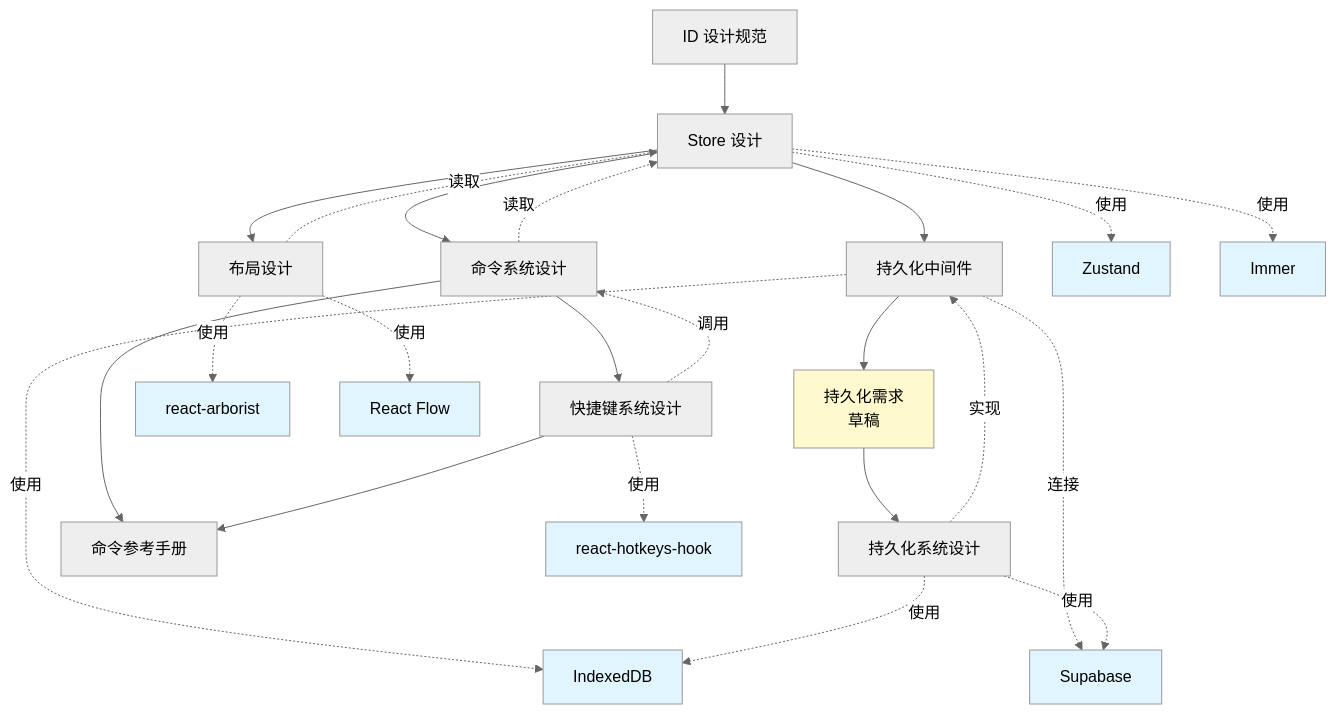
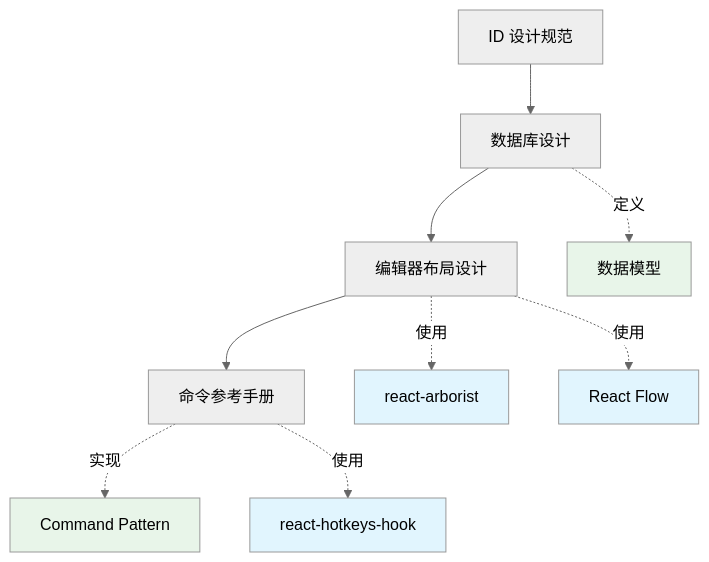
One commit to colin-han/spider-mind-v2 changed the diagram in docs/design/INDEX.md. Above: the diagram before and after it, drawn with Mermaid (neutral theme). The commit also changed other lines of this file and 8 other files, not shown here.

````diff
--- a/docs/design/INDEX.md
+++ b/docs/design/INDEX.md
@@ -93,38 +56,18 @@
 ```mermaid
 graph TD
-    A[ID 设计规范] --> B[Store 设计]
-    B --> C[持久化中间件]
-    C --> D[持久化需求<br/>草稿]
-    D --> I[持久化系统设计]
+    A[ID 设计规范] --> B[数据库设计]
+    B --> C[编辑器布局设计]
+    C --> D[命令参考手册]
 
-    B --> J[布局设计]
-    B --> M[命令系统设计]
-    M --> N[快捷键系统设计]
-    M --> O[命令参考手册]
-    N --> O
+    B -.->|定义| E[数据模型]
+    C -.->|使用| F[react-arborist]
+    C -.->|使用| G[React Flow]
+    D -.->|实现| H[Command Pattern]
+    D -.->|使用| I[react-hotkeys-hook]
 
-    B -.->|使用| E[Zustand]
-    B -.->|使用| F[Immer]
-    C -.->|使用| G[IndexedDB]
-    C -.->|连接| H[Supabase]
-    I -.->|使用| G
-    I -.->|使用| H
-    I -.->|实现| C
-
-    J -.->|读取| B
-    J -.->|使用| K[react-arborist]
-    J -.->|使用| L[React Flow]
-
-    M -.->|读取| B
-    N -.->|使用| P[react-hotkeys-hook]
-    N -.->|调用| M
-
-    style D fill:#fffacd
-    style E fill:#e1f5fe
+    style E fill:#e8f5e9
     style F fill:#e1f5fe
     style G fill:#e1f5fe
-    style H fill:#e1f5fe
-    style K fill:#e1f5fe
-    style L fill:#e1f5fe
-    style P fill:#e1f5fe
+    style H fill:#e8f5e9
+    style I fill:#e1f5fe
 ```
````
